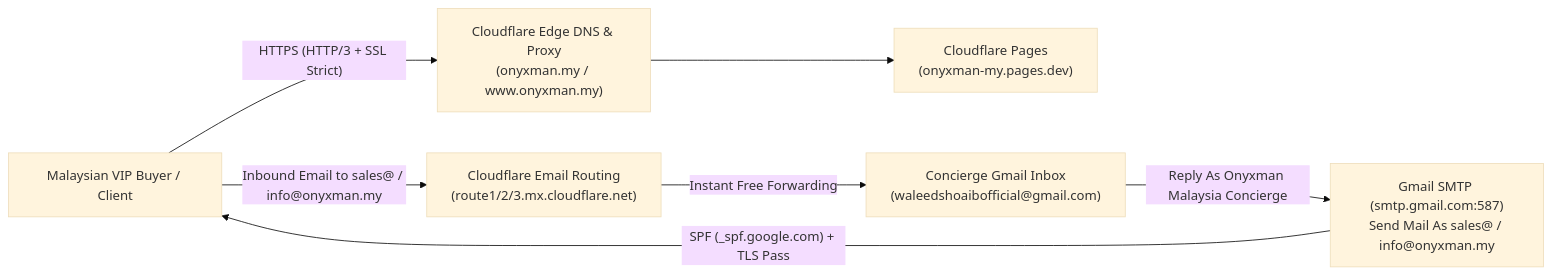
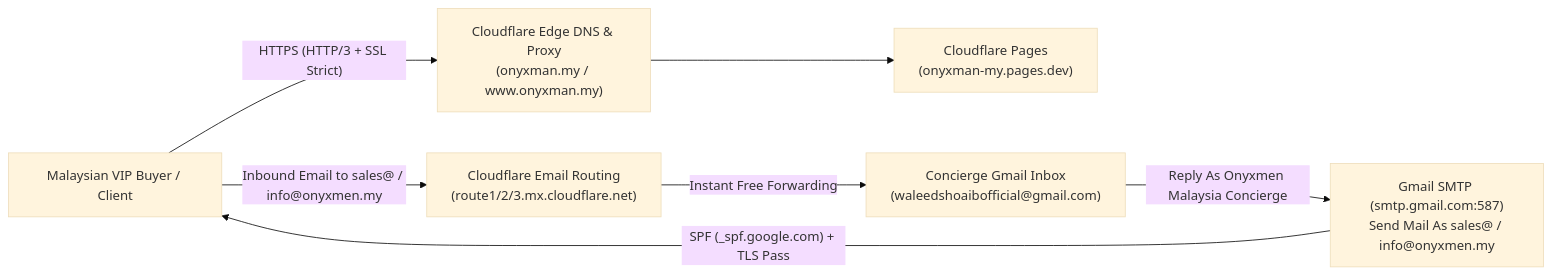
The diagram in docs/CLOUDFLARE-EMAIL-ROUTING-RUNBOOK.md (waleedshoaibofficial-bit/onyxman-my), drawn with Mermaid (base theme) before and after one commit. The commit also changed other lines of this file and 51 other files, not shown here.

````diff
--- a/docs/CLOUDFLARE-EMAIL-ROUTING-RUNBOOK.md
+++ b/docs/CLOUDFLARE-EMAIL-ROUTING-RUNBOOK.md
@@ -15,13 +15,13 @@
 ```mermaid
 flowchart LR
     Buyer["Malaysian VIP Buyer / Client"]
     CF_Edge["Cloudflare Edge DNS & Proxy<br/>(onyxman.my / www.onyxman.my)"]
     CF_Pages["Cloudflare Pages<br/>(onyxman-my.pages.dev)"]
     CF_Email["Cloudflare Email Routing<br/>(route1/2/3.mx.cloudflare.net)"]
     Gmail_Inbox["Concierge Gmail Inbox<br/>(waleedshoaibofficial@gmail.com)"]
-    Gmail_SMTP["Gmail SMTP (smtp.gmail.com:587)<br/>Send Mail As sales@ / info@onyxman.my"]
+    Gmail_SMTP["Gmail SMTP (smtp.gmail.com:587)<br/>Send Mail As sales@ / info@onyxmen.my"]
 
     Buyer -->|"HTTPS (HTTP/3 + SSL Strict)"| CF_Edge --> CF_Pages
-    Buyer -->|"Inbound Email to sales@ / info@onyxman.my"| CF_Email -->|"Instant Free Forwarding"| Gmail_Inbox
-    Gmail_Inbox -->|"Reply As Onyxman Malaysia Concierge"| Gmail_SMTP -->|"SPF (_spf.google.com) + TLS Pass"| Buyer
+    Buyer -->|"Inbound Email to sales@ / info@onyxmen.my"| CF_Email -->|"Instant Free Forwarding"| Gmail_Inbox
+    Gmail_Inbox -->|"Reply As Onyxmen Malaysia Concierge"| Gmail_SMTP -->|"SPF (_spf.google.com) + TLS Pass"| Buyer
 ```
````
